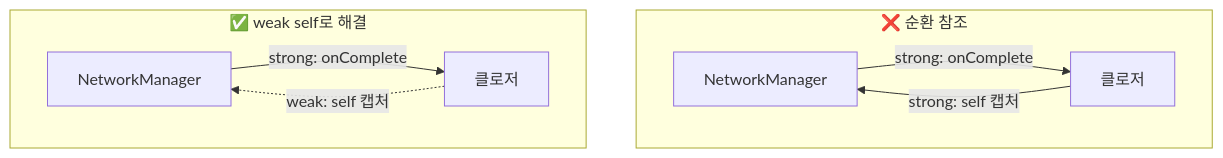
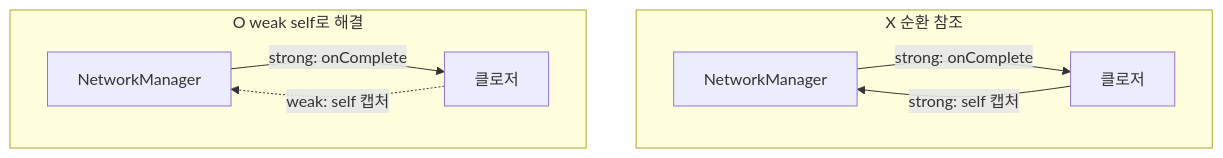
Before and after one commit to jsonpassion/forge-tutorial-swift: the fourth of 5 diagrams in 13-performance/03-memory-arc.md, drawn with Mermaid. The commit also changed other lines of this file and 69 other files, not shown here.

````diff
--- a/13-performance/03-memory-arc.md
+++ b/13-performance/03-memory-arc.md
@@ -189,11 +189,11 @@
 ```mermaid
 flowchart TD
-    subgraph 순환참조["❌ 순환 참조"]
+    subgraph 순환참조["X 순환 참조"]
         A1["NetworkManager"] -- "strong: onComplete" --> B1["클로저"]
         B1 -- "strong: self 캡처" --> A1
     end
-    subgraph 해결["✅ weak self로 해결"]
+    subgraph 해결["O weak self로 해결"]
         A2["NetworkManager"] -- "strong: onComplete" --> B2["클로저"]
         B2 -. "weak: self 캡처" .-> A2
     end
 ```
````
